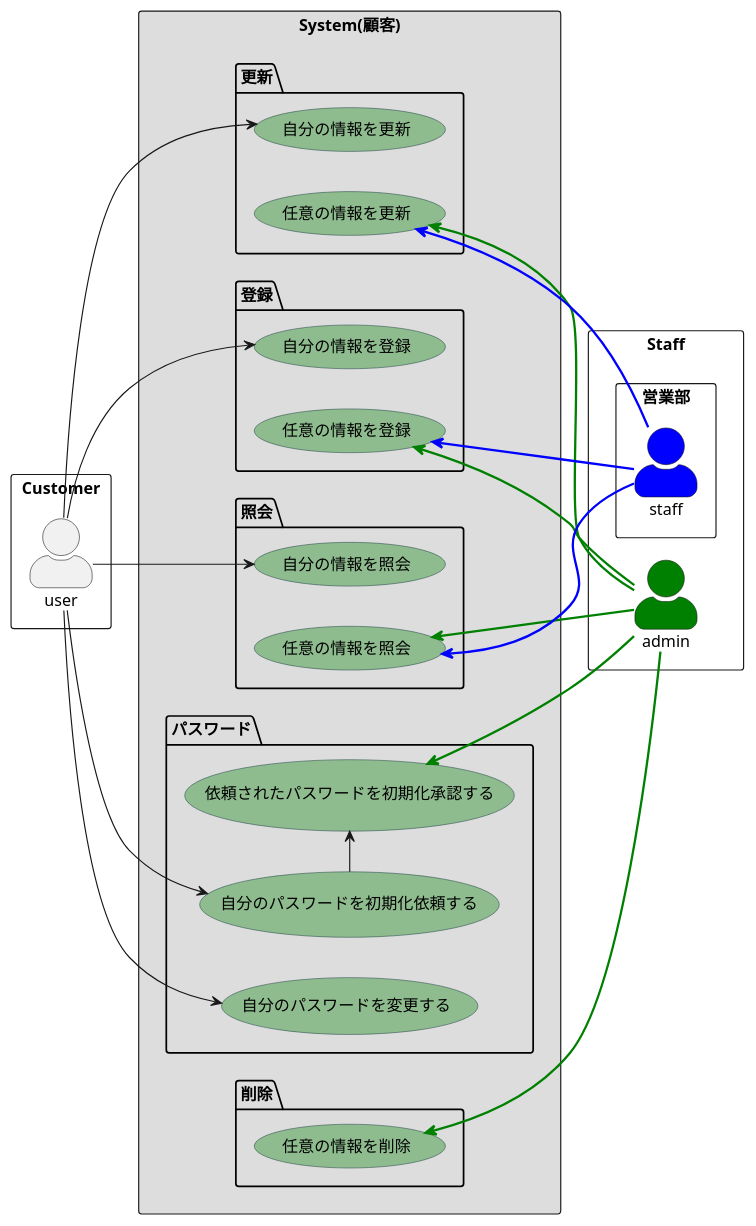
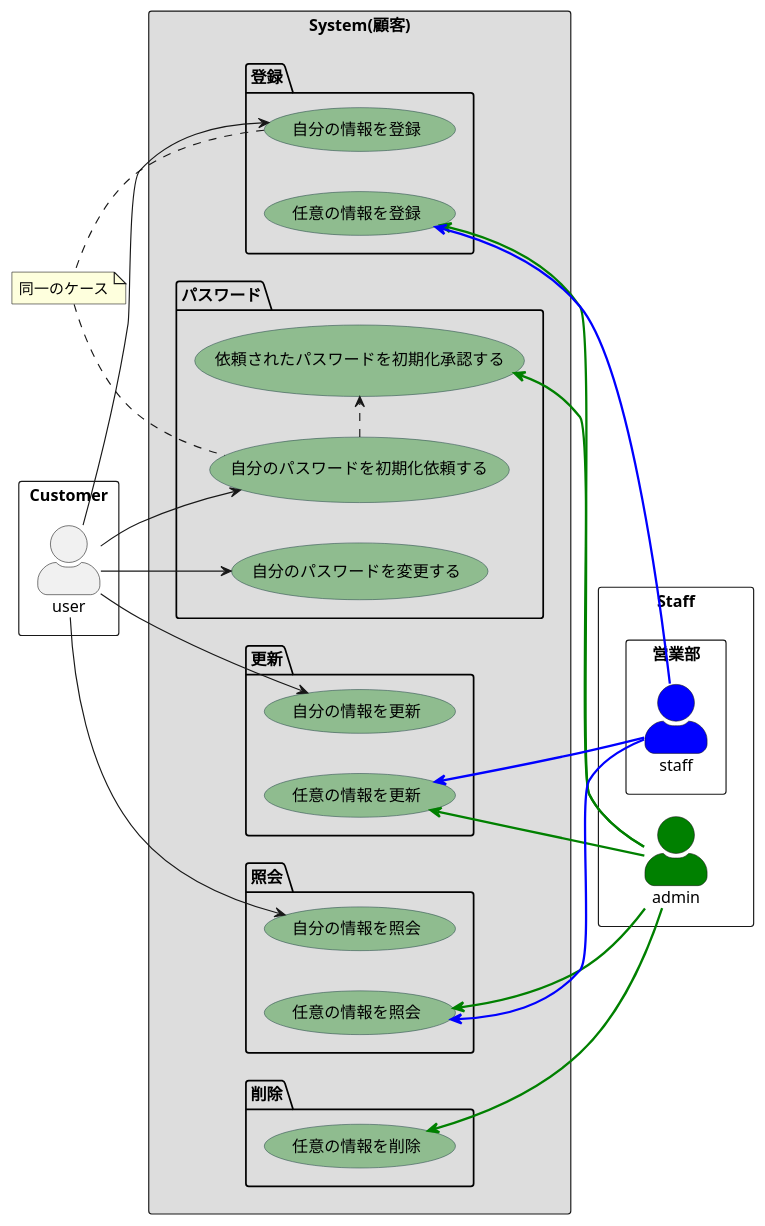
The diagram in documents/Usecase/Customer.puml (KawataniShinya/sales-management), drawn with PlantUML before and after one commit. The commit also changed 6 other files, not shown here.

```diff
--- a/documents/Usecase/Customer.puml
+++ b/documents/Usecase/Customer.puml
@@ -1,62 +1,66 @@
 @startuml
 'https://plantuml.com/use-case-diagram
 
 left to right direction
 
 skinparam actorStyle awesome
 
 skinparam usecase {
     BackgroundColor DarkSeaGreen
     BorderColor DarkSlateGray
 }
 
 rectangle Customer {
     actor user
 }
 
 rectangle Staff {
     rectangle 営業部 {
         actor staff #blue
     }
     actor admin #green
 }
 
 rectangle System(顧客) #DDDDDD {
     package 登録 {
         usecase 自分の情報を登録
         usecase 任意の情報を登録
     }
     package 照会 {
         usecase 自分の情報を照会
         usecase 任意の情報を照会
     }
     package 更新 {
         usecase 自分の情報を更新
         usecase 任意の情報を更新
     }
     package 削除 {
         usecase 任意の情報を削除
     }
     package パスワード {
         usecase 自分のパスワードを変更する
         usecase 自分のパスワードを初期化依頼する
         usecase 依頼されたパスワードを初期化承認する
     }
 }
 
+note "同一のケース" as N1
+
 user --> 自分の情報を登録
 user --> 自分の情報を照会
 user --> 自分の情報を更新
 user --> 自分のパスワードを変更する
 user --> 自分のパスワードを初期化依頼する
 任意の情報を登録 <-[#green,bold]- admin
 任意の情報を照会 <-[#green,bold]- admin
 任意の情報を更新 <-[#green,bold]- admin
 任意の情報を削除 <-[#green,bold]- admin
 依頼されたパスワードを初期化承認する <-[#green,bold]- admin
 任意の情報を登録 <-[#blue,bold]- staff
 任意の情報を照会 <-[#blue,bold]- staff
 任意の情報を更新 <-[#blue,bold]- staff
-自分のパスワードを初期化依頼する -> 依頼されたパスワードを初期化承認する
+自分のパスワードを初期化依頼する .> 依頼されたパスワードを初期化承認する
+自分の情報を登録 .. N1
+N1 .. 自分のパスワードを初期化依頼する
 
 @enduml
```
